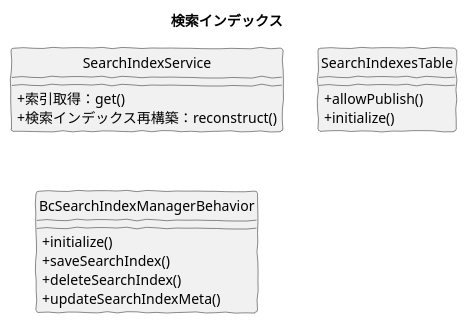
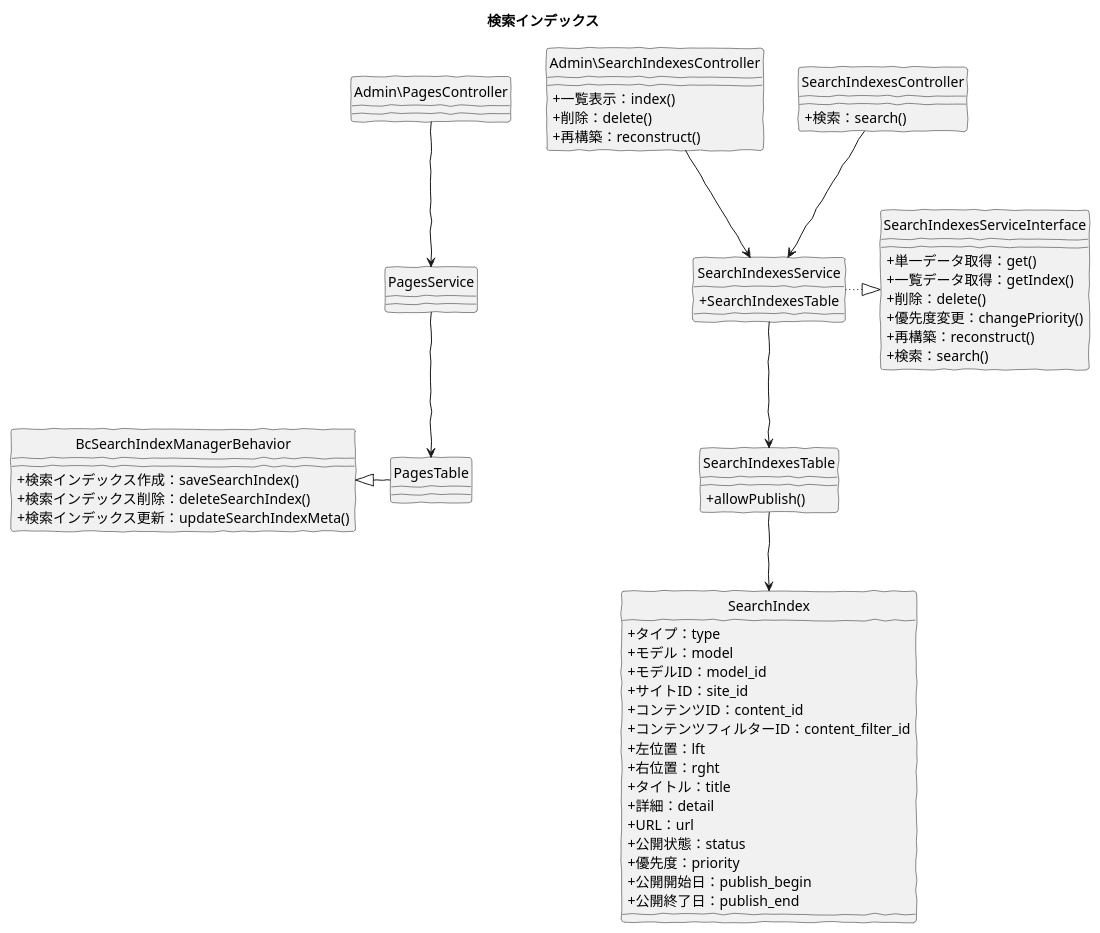
The diagram in src/puml/5/ucmitz/svg/class/manage_search_indexes.puml (baserproject/baserproject.github.io), drawn with PlantUML before and after one commit. The commit also changed 2 other files, not shown here.

```diff
--- a/src/puml/5/ucmitz/svg/class/manage_search_indexes.puml
+++ b/src/puml/5/ucmitz/svg/class/manage_search_indexes.puml
@@ -1,26 +1,69 @@
 @startuml
 skinparam handwritten true
 skinparam backgroundColor white
 hide circle
 skinparam classAttributeIconSize 0
 
 title 検索インデックス
 
-class SearchIndexService {
-    + 索引取得：get()
-    + 検索インデックス再構築：reconstruct()  
+class Admin\SearchIndexesController {
+	+ 一覧表示：index()
+	+ 削除：delete()
+	+ 再構築：reconstruct()
+}
+
+class SearchIndexesController {
+	+ 検索：search()
+}
+
+class SearchIndexesServiceInterface {
+	+ 単一データ取得：get()
+	+ 一覧データ取得：getIndex()
+	+ 削除：delete()
+	+ 優先度変更：changePriority()
+	+ 再構築：reconstruct()
+	+ 検索：search()  
+}
+
+class SearchIndexesService {
+	+ SearchIndexesTable
 }
 
 class SearchIndexesTable {
-    + allowPublish()
-    + initialize()
+	+ allowPublish()
 }
 
 class BcSearchIndexManagerBehavior {
-    + initialize()
-    + saveSearchIndex()
-    + deleteSearchIndex()
-    + updateSearchIndexMeta()
+    + 検索インデックス作成：saveSearchIndex()
+    + 検索インデックス削除：deleteSearchIndex()
+    + 検索インデックス更新：updateSearchIndexMeta()
 }
 
+class SearchIndex {
+    + タイプ：type
+    + モデル：model
+    + モデルID：model_id
+    + サイトID：site_id
+    + コンテンツID：content_id
+    + コンテンツフィルターID：content_filter_id
+    + 左位置：lft
+    + 右位置：rght
+    + タイトル：title
+    + 詳細：detail
+    + URL：url
+    + 公開状態：status
+    + 優先度：priority
+    + 公開開始日：publish_begin
+    + 公開終了日：publish_end
+}
+
+Admin\SearchIndexesController -down-> SearchIndexesService
+SearchIndexesController -down-> SearchIndexesService
+SearchIndexesService -right[dotted]-|> SearchIndexesServiceInterface
+SearchIndexesService -down-> SearchIndexesTable
+SearchIndexesTable -down-> SearchIndex
+Admin\PagesController -down-> PagesService
+PagesService -down-> PagesTable
+PagesTable -left|> BcSearchIndexManagerBehavior
+
 @enduml
```
